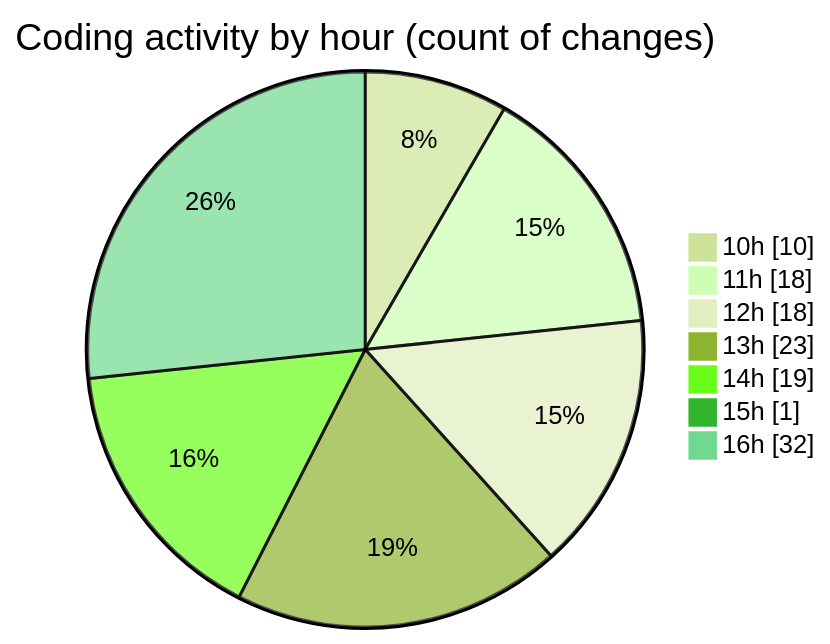
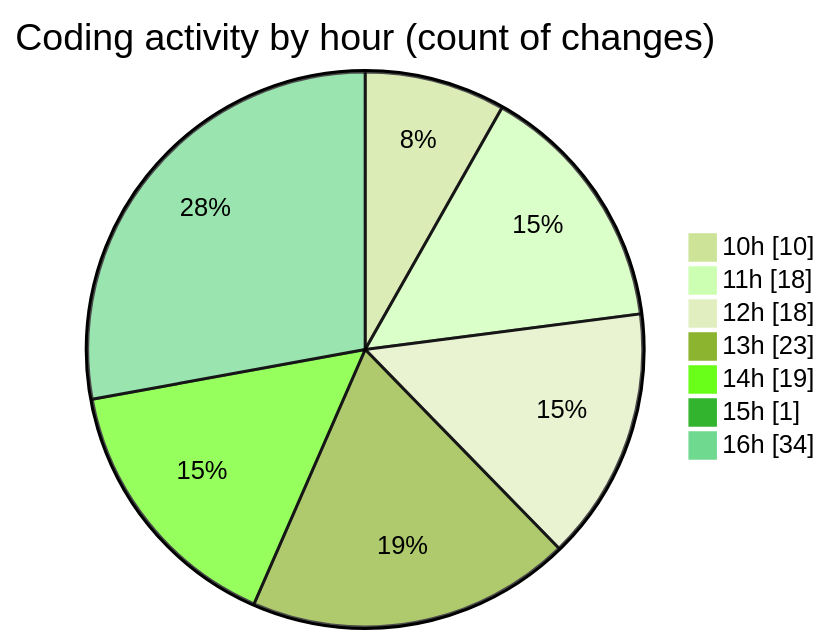
One commit to momahboobian/code-tracking changed the second of 2 diagrams in 2025-07-14/cda/README.md. Above: the diagram before and after it, drawn with Mermaid (forest theme). The commit also changed other lines of this file and 1 other file, not shown here.

````diff
--- a/2025-07-14/cda/README.md
+++ b/2025-07-14/cda/README.md
@@ -39,11 +39,11 @@
 ```mermaid
 pie showData
 title Coding activity by hour (count of changes)
 "10h" : 10
 "11h" : 18
 "12h" : 18
 "13h" : 23
 "14h" : 19
 "15h" : 1
-"16h" : 32
+"16h" : 34
 ```
````
